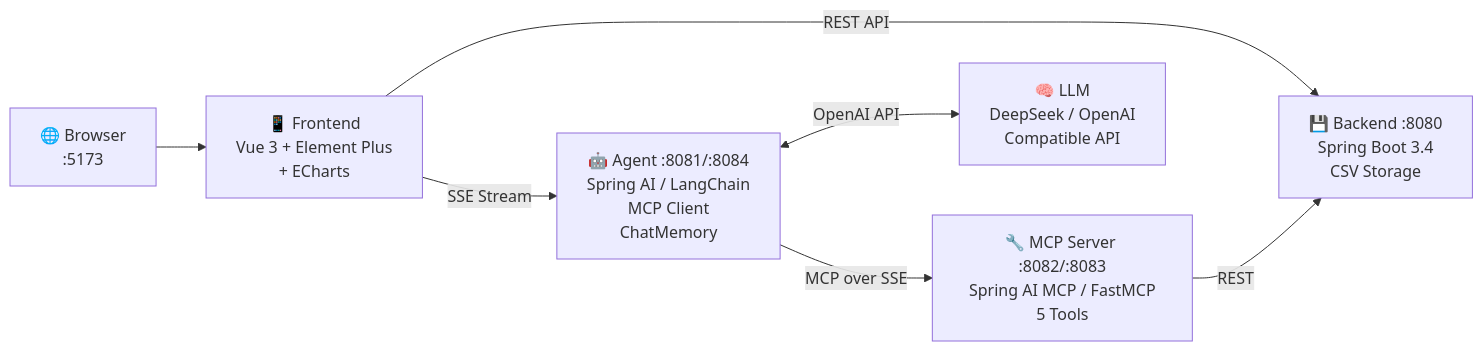
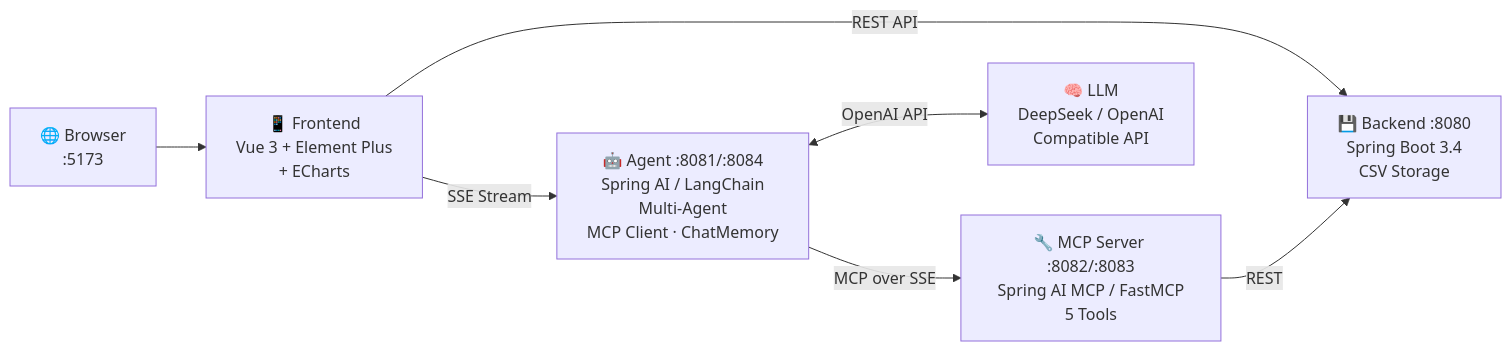
Before and after one commit to reallyhwc/test-learn-agent: the first of 5 diagrams in README_EN.md, drawn with Mermaid. The commit also changed other lines of this file and 5 other files, not shown here.

First line of the commit message:
docs: 全面更新项目文档反映 Multi-Agent 架构和 HITL 实施

````diff
--- a/README_EN.md
+++ b/README_EN.md
@@ -34,16 +34,16 @@
 ```mermaid
 graph LR
     Browser["🌐 Browser<br/>:5173"]
     Frontend["📱 Frontend<br/>Vue 3 + Element Plus<br/>+ ECharts"]
-    Agent["🤖 Agent :8081/:8084<br/>Spring AI / LangChain<br/>MCP Client<br/>ChatMemory"]
+    Agent["🤖 Agent :8081/:8084<br/>Spring AI / LangChain<br/>Multi-Agent<br/>MCP Client · ChatMemory"]
     LLM["🧠 LLM<br/>DeepSeek / OpenAI<br/>Compatible API"]
     MCPServer["🔧 MCP Server :8082/:8083<br/>Spring AI MCP / FastMCP<br/>5 Tools"]
     Backend["💾 Backend :8080<br/>Spring Boot 3.4<br/>CSV Storage"]
 
     Browser --> Frontend
     Frontend -->|"REST API"| Backend
     Frontend -->|"SSE Stream"| Agent
     Agent <-->|"OpenAI API"| LLM
     Agent -->|"MCP over SSE"| MCPServer
     MCPServer -->|"REST"| Backend
 ```
````
